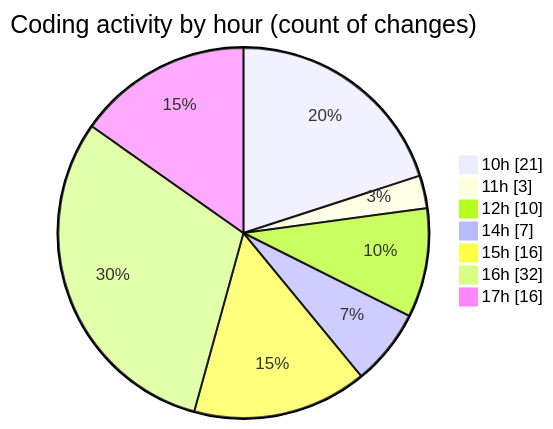
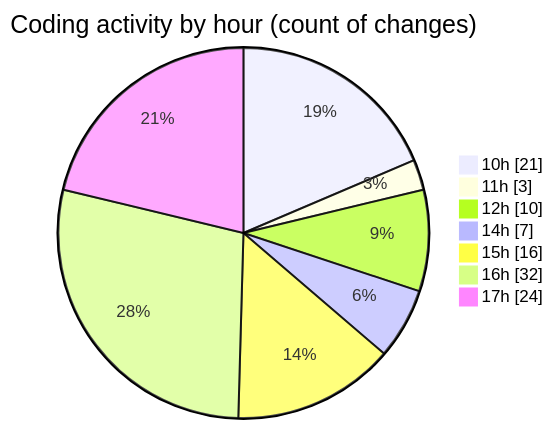
One commit to momahboobian/code-tracking changed the second of 2 diagrams in 2026-03-17/cda/README.md. Above: the diagram before and after it, drawn with Mermaid. The commit also changed other lines of this file and 1 other file, not shown here.

````diff
--- a/2026-03-17/cda/README.md
+++ b/2026-03-17/cda/README.md
@@ -50,11 +50,11 @@
 ```mermaid
 pie showData
 title Coding activity by hour (count of changes)
 "10h" : 21
 "11h" : 3
 "12h" : 10
 "14h" : 7
 "15h" : 16
 "16h" : 32
-"17h" : 16
+"17h" : 24
 ```
````
